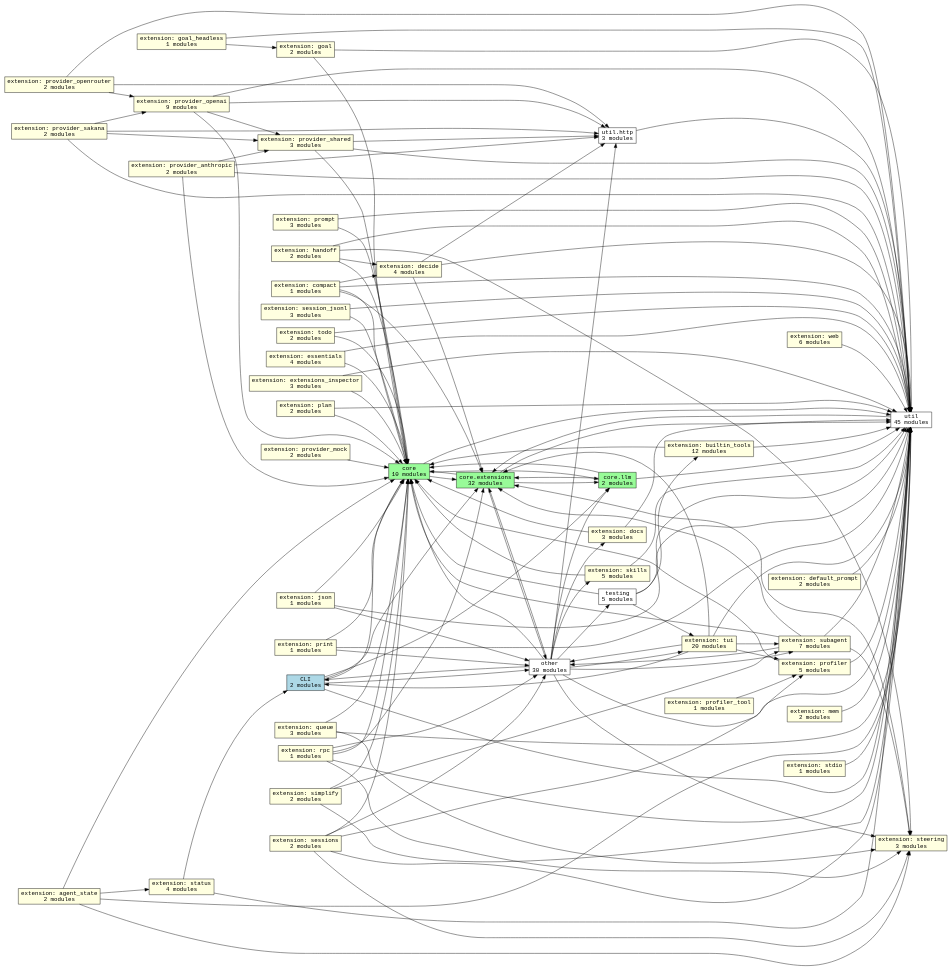
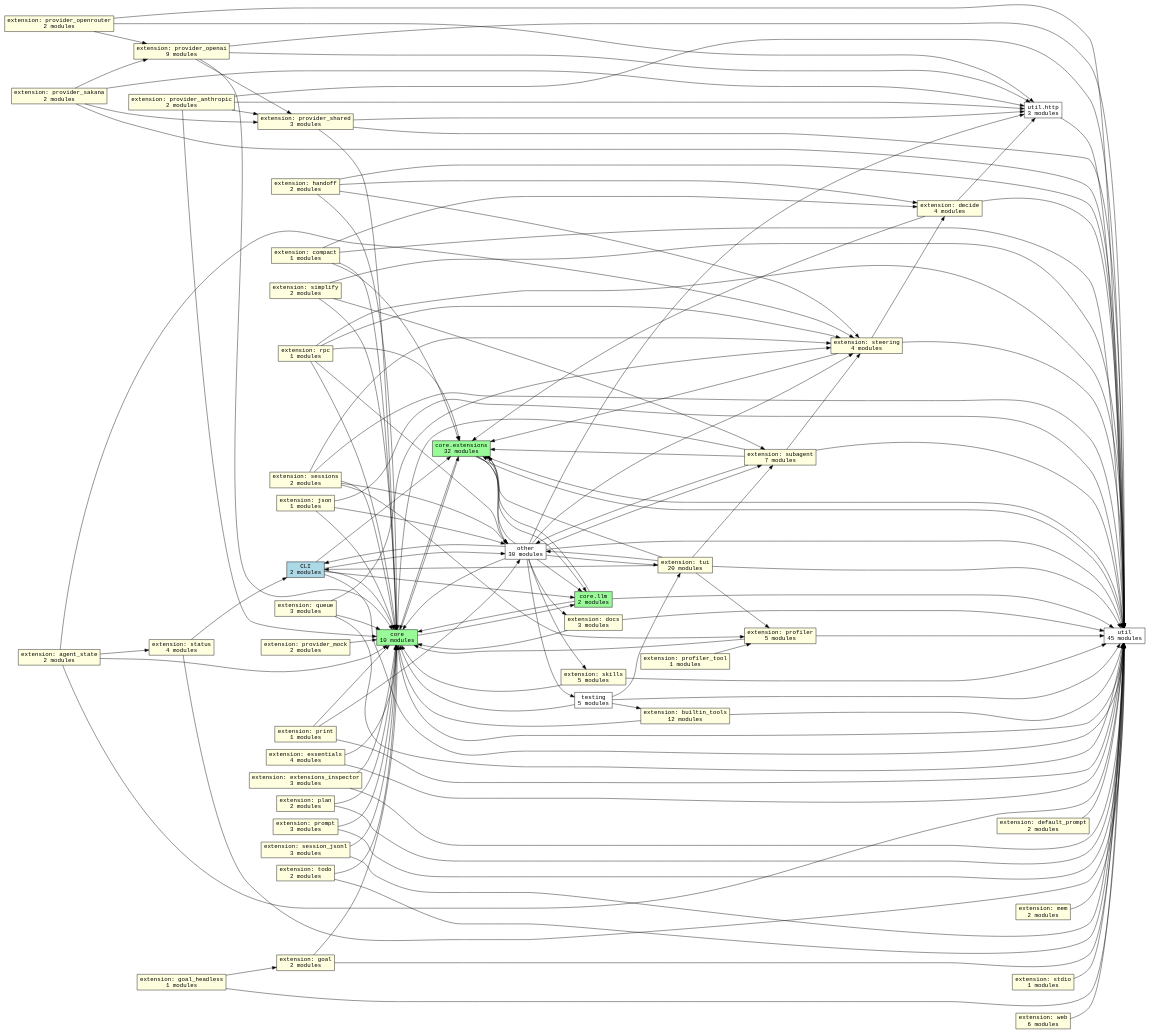
The diagram in docs/graphs/subsystems.dot (acmiyaguchi/fen), drawn with Graphviz before and after one commit. The commit also changed 12 other files, not shown here.

```diff
--- a/docs/graphs/subsystems.dot
+++ b/docs/graphs/subsystems.dot
@@ -1,182 +1,184 @@
 digraph fen_subsystems {
   graph [rankdir=LR];
   node [shape=box, fontname="monospace"];
   edge [fontname="monospace"];
   "cli" [fillcolor="lightblue", label="CLI\n2 modules", style="filled"];
   "core" [fillcolor="palegreen", label="core\n10 modules", style="filled"];
   "core.extensions" [fillcolor="palegreen", label="core.extensions\n32 modules", style="filled"];
   "core.llm" [fillcolor="palegreen", label="core.llm\n2 modules", style="filled"];
   "extension.agent_state" [fillcolor="lightyellow", label="extension: agent_state\n2 modules", style="filled"];
   "extension.builtin_tools" [fillcolor="lightyellow", label="extension: builtin_tools\n12 modules", style="filled"];
   "extension.compact" [fillcolor="lightyellow", label="extension: compact\n1 modules", style="filled"];
   "extension.decide" [fillcolor="lightyellow", label="extension: decide\n4 modules", style="filled"];
   "extension.default_prompt" [fillcolor="lightyellow", label="extension: default_prompt\n2 modules", style="filled"];
   "extension.docs" [fillcolor="lightyellow", label="extension: docs\n3 modules", style="filled"];
   "extension.essentials" [fillcolor="lightyellow", label="extension: essentials\n4 modules", style="filled"];
   "extension.extensions_inspector" [fillcolor="lightyellow", label="extension: extensions_inspector\n3 modules", style="filled"];
   "extension.goal" [fillcolor="lightyellow", label="extension: goal\n2 modules", style="filled"];
   "extension.goal_headless" [fillcolor="lightyellow", label="extension: goal_headless\n1 modules", style="filled"];
   "extension.handoff" [fillcolor="lightyellow", label="extension: handoff\n2 modules", style="filled"];
   "extension.json" [fillcolor="lightyellow", label="extension: json\n1 modules", style="filled"];
   "extension.mem" [fillcolor="lightyellow", label="extension: mem\n2 modules", style="filled"];
   "extension.plan" [fillcolor="lightyellow", label="extension: plan\n2 modules", style="filled"];
   "extension.print" [fillcolor="lightyellow", label="extension: print\n1 modules", style="filled"];
   "extension.profiler" [fillcolor="lightyellow", label="extension: profiler\n5 modules", style="filled"];
   "extension.profiler_tool" [fillcolor="lightyellow", label="extension: profiler_tool\n1 modules", style="filled"];
   "extension.prompt" [fillcolor="lightyellow", label="extension: prompt\n3 modules", style="filled"];
   "extension.provider_anthropic" [fillcolor="lightyellow", label="extension: provider_anthropic\n2 modules", style="filled"];
   "extension.provider_mock" [fillcolor="lightyellow", label="extension: provider_mock\n2 modules", style="filled"];
   "extension.provider_openai" [fillcolor="lightyellow", label="extension: provider_openai\n9 modules", style="filled"];
   "extension.provider_openrouter" [fillcolor="lightyellow", label="extension: provider_openrouter\n2 modules", style="filled"];
   "extension.provider_sakana" [fillcolor="lightyellow", label="extension: provider_sakana\n2 modules", style="filled"];
   "extension.provider_shared" [fillcolor="lightyellow", label="extension: provider_shared\n3 modules", style="filled"];
   "extension.queue" [fillcolor="lightyellow", label="extension: queue\n3 modules", style="filled"];
   "extension.rpc" [fillcolor="lightyellow", label="extension: rpc\n1 modules", style="filled"];
   "extension.session_jsonl" [fillcolor="lightyellow", label="extension: session_jsonl\n3 modules", style="filled"];
   "extension.sessions" [fillcolor="lightyellow", label="extension: sessions\n2 modules", style="filled"];
   "extension.simplify" [fillcolor="lightyellow", label="extension: simplify\n2 modules", style="filled"];
   "extension.skills" [fillcolor="lightyellow", label="extension: skills\n5 modules", style="filled"];
   "extension.status" [fillcolor="lightyellow", label="extension: status\n4 modules", style="filled"];
   "extension.stdio" [fillcolor="lightyellow", label="extension: stdio\n1 modules", style="filled"];
-  "extension.steering" [fillcolor="lightyellow", label="extension: steering\n3 modules", style="filled"];
+  "extension.steering" [fillcolor="lightyellow", label="extension: steering\n4 modules", style="filled"];
   "extension.subagent" [fillcolor="lightyellow", label="extension: subagent\n7 modules", style="filled"];
   "extension.todo" [fillcolor="lightyellow", label="extension: todo\n2 modules", style="filled"];
   "extension.tui" [fillcolor="lightyellow", label="extension: tui\n20 modules", style="filled"];
   "extension.web" [fillcolor="lightyellow", label="extension: web\n6 modules", style="filled"];
   "other" [fillcolor="white", label="other\n30 modules", style="filled"];
   "testing" [fillcolor="white", label="testing\n5 modules", style="filled"];
   "util" [fillcolor="white", label="util\n45 modules", style="filled"];
   "util.http" [fillcolor="white", label="util.http\n3 modules", style="filled"];
   "cli" -> "core";
   "cli" -> "core.extensions";
   "cli" -> "core.llm";
   "cli" -> "other";
   "cli" -> "util";
   "core" -> "core.extensions";
   "core" -> "core.llm";
   "core" -> "util";
   "core.extensions" -> "core";
   "core.extensions" -> "core.llm";
   "core.extensions" -> "other";
   "core.extensions" -> "util";
   "core.llm" -> "core";
   "core.llm" -> "core.extensions";
   "core.llm" -> "util";
   "extension.agent_state" -> "core";
   "extension.agent_state" -> "extension.status";
   "extension.agent_state" -> "extension.steering";
   "extension.agent_state" -> "util";
   "extension.builtin_tools" -> "core";
   "extension.builtin_tools" -> "util";
   "extension.compact" -> "core";
   "extension.compact" -> "core.extensions";
   "extension.compact" -> "extension.decide";
   "extension.compact" -> "util";
   "extension.decide" -> "core.extensions";
   "extension.decide" -> "util";
   "extension.decide" -> "util.http";
   "extension.default_prompt" -> "util";
   "extension.docs" -> "core";
   "extension.docs" -> "util";
   "extension.essentials" -> "core";
   "extension.essentials" -> "util";
   "extension.extensions_inspector" -> "core";
   "extension.extensions_inspector" -> "util";
   "extension.goal" -> "core";
   "extension.goal" -> "util";
   "extension.goal_headless" -> "extension.goal";
   "extension.goal_headless" -> "util";
   "extension.handoff" -> "core";
   "extension.handoff" -> "extension.decide";
   "extension.handoff" -> "extension.steering";
   "extension.handoff" -> "util";
   "extension.json" -> "core";
   "extension.json" -> "other";
   "extension.json" -> "util";
   "extension.mem" -> "util";
   "extension.plan" -> "core";
   "extension.plan" -> "util";
   "extension.print" -> "core";
   "extension.print" -> "other";
   "extension.print" -> "util";
   "extension.profiler" -> "core";
   "extension.profiler" -> "util";
   "extension.profiler_tool" -> "extension.profiler";
   "extension.prompt" -> "core";
   "extension.prompt" -> "util";
   "extension.provider_anthropic" -> "core";
   "extension.provider_anthropic" -> "extension.provider_shared";
   "extension.provider_anthropic" -> "util";
   "extension.provider_anthropic" -> "util.http";
   "extension.provider_mock" -> "core";
   "extension.provider_openai" -> "core";
   "extension.provider_openai" -> "extension.provider_shared";
   "extension.provider_openai" -> "util";
   "extension.provider_openai" -> "util.http";
   "extension.provider_openrouter" -> "extension.provider_openai";
   "extension.provider_openrouter" -> "util";
   "extension.provider_openrouter" -> "util.http";
   "extension.provider_sakana" -> "extension.provider_openai";
   "extension.provider_sakana" -> "extension.provider_shared";
   "extension.provider_sakana" -> "util";
   "extension.provider_sakana" -> "util.http";
   "extension.provider_shared" -> "core";
   "extension.provider_shared" -> "util";
   "extension.provider_shared" -> "util.http";
   "extension.queue" -> "core";
   "extension.queue" -> "extension.steering";
   "extension.queue" -> "util";
   "extension.rpc" -> "core";
   "extension.rpc" -> "core.extensions";
   "extension.rpc" -> "extension.steering";
   "extension.rpc" -> "other";
   "extension.rpc" -> "util";
   "extension.session_jsonl" -> "core";
   "extension.session_jsonl" -> "util";
   "extension.sessions" -> "core";
   "extension.sessions" -> "extension.profiler";
   "extension.sessions" -> "extension.steering";
   "extension.sessions" -> "other";
   "extension.sessions" -> "util";
   "extension.simplify" -> "core";
   "extension.simplify" -> "extension.subagent";
   "extension.simplify" -> "util";
   "extension.skills" -> "core";
   "extension.skills" -> "util";
   "extension.status" -> "cli";
   "extension.status" -> "util";
   "extension.stdio" -> "util";
   "extension.steering" -> "core.extensions";
+  "extension.steering" -> "extension.decide";
+  "extension.steering" -> "util";
   "extension.subagent" -> "core";
   "extension.subagent" -> "core.extensions";
   "extension.subagent" -> "extension.steering";
   "extension.subagent" -> "other";
   "extension.subagent" -> "util";
   "extension.todo" -> "core";
   "extension.todo" -> "util";
   "extension.tui" -> "cli";
   "extension.tui" -> "core.extensions";
   "extension.tui" -> "extension.profiler";
   "extension.tui" -> "extension.subagent";
   "extension.tui" -> "other";
   "extension.tui" -> "util";
   "extension.web" -> "util";
   "other" -> "cli";
   "other" -> "core";
   "other" -> "core.extensions";
   "other" -> "core.llm";
   "other" -> "extension.docs";
   "other" -> "extension.skills";
   "other" -> "extension.steering";
   "other" -> "extension.subagent";
   "other" -> "extension.tui";
   "other" -> "testing";
   "other" -> "util";
   "other" -> "util.http";
   "testing" -> "core";
   "testing" -> "extension.builtin_tools";
   "testing" -> "extension.tui";
   "testing" -> "util";
   "util" -> "core.extensions";
   "util.http" -> "util";
 }
```
